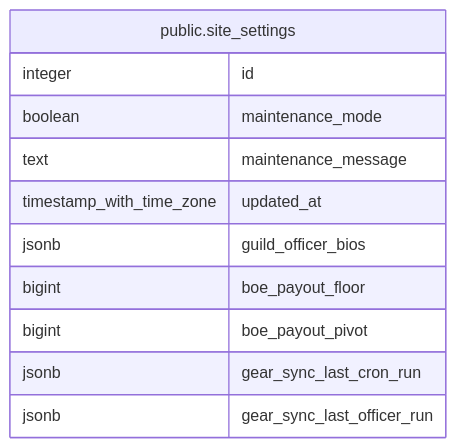
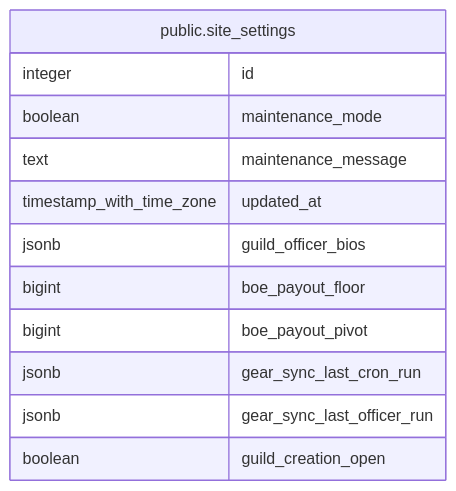
Before and after one commit to katogaming88/WGA-Raid-Hub: the diagram in dbdoc/public.site_settings.md, drawn with Mermaid. The commit also changed other lines of this file and 26 other files, not shown here.

First line of the commit message:
Add guild creation behind a switch, and the create-your-guild page (v3.153.6) (#1226)

````diff
--- a/dbdoc/public.site_settings.md
+++ b/dbdoc/public.site_settings.md
@@ -33,16 +34,17 @@
 ```mermaid
 erDiagram
 
 
 "public.site_settings" {
   integer id
   boolean maintenance_mode
   text maintenance_message
   timestamp_with_time_zone updated_at
   jsonb guild_officer_bios
   bigint boe_payout_floor
   bigint boe_payout_pivot
   jsonb gear_sync_last_cron_run
   jsonb gear_sync_last_officer_run
+  boolean guild_creation_open
 }
 ```
````
